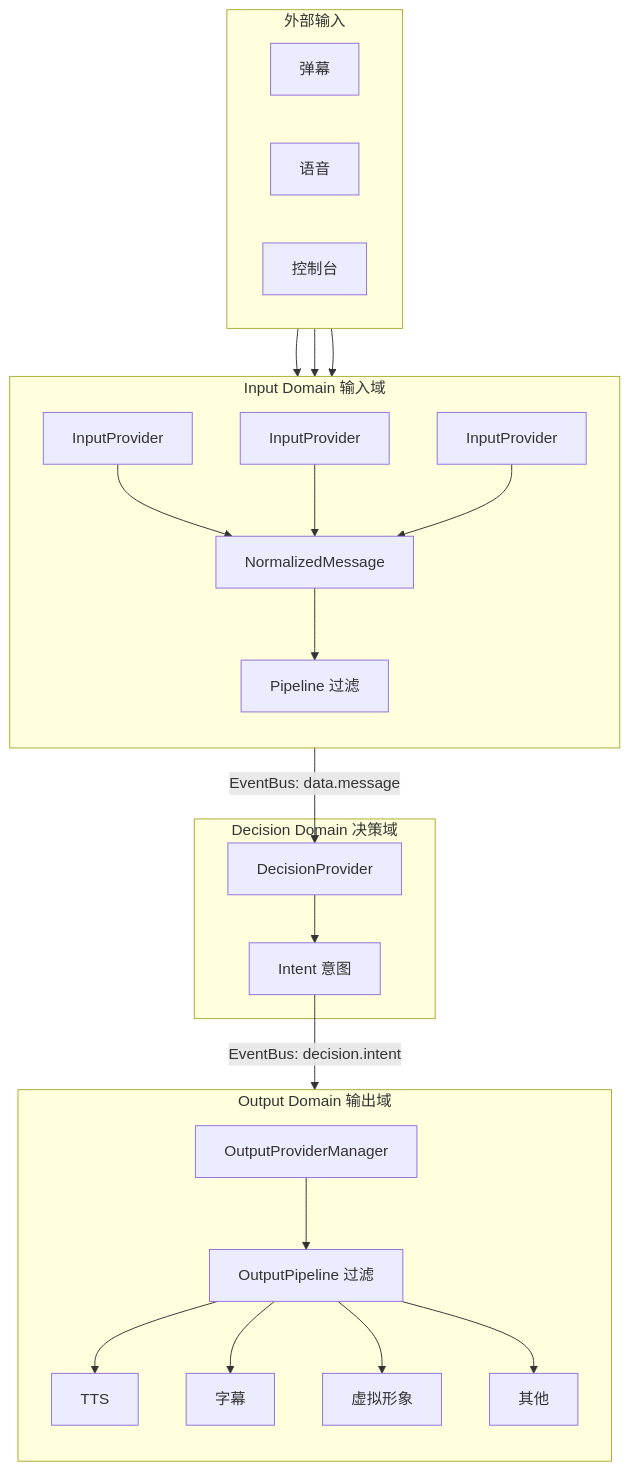
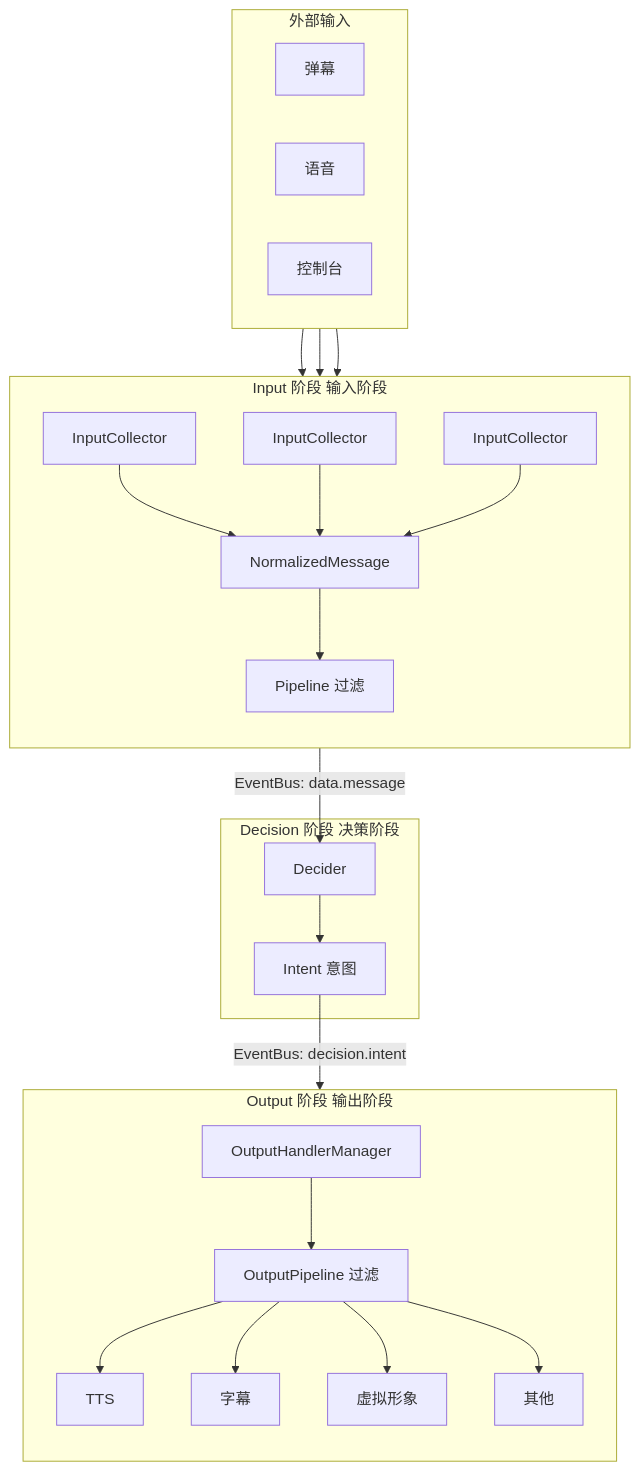
Before and after one commit to Mai-with-u/Amaidesu: the first of 3 diagrams in docs/architecture/overview.md, drawn with Mermaid. The commit also changed other lines of this file and 169 other files, not shown here.

First line of the commit message:
重构: 移除 Provider 抽象层，改名为 Collector/Decider/Handler

````diff
--- a/docs/architecture/overview.md
+++ b/docs/architecture/overview.md
@@ -7,48 +7,48 @@
 ```mermaid
 flowchart TB
     subgraph External["外部输入"]
         Danmaku["弹幕"]
         Voice["语音"]
         Console["控制台"]
     end
 
-    subgraph InputDomain["Input Domain 输入域"]
+    subgraph InputStage["Input 阶段 输入阶段"]
         direction TB
-        IP1[InputProvider]
-        IP2[InputProvider]
-        IP3[InputProvider]
+        IP1[InputCollector]
+        IP2[InputCollector]
+        IP3[InputCollector]
         NM[NormalizedMessage]
         Pipeline[Pipeline 过滤]
     end
 
-    subgraph DecisionDomain["Decision Domain 决策域"]
-        DP[DecisionProvider]
+    subgraph DecisionStage["Decision 阶段 决策阶段"]
+        DP[Decider]
         Intent[Intent 意图]
     end
 
-    subgraph OutputDomain["Output Domain 输出域"]
+    subgraph OutputStage["Output 阶段 输出阶段"]
         direction TB
-        OPM[OutputProviderManager]
+        OPM[OutputHandlerManager]
         OPipeline[OutputPipeline 过滤]
         OP1[TTS]
         OP2[字幕]
         OP3[虚拟形象]
         OP4[其他]
     end
 
     External --> IP1
     External --> IP2
     External --> IP3
     IP1 --> NM
     IP2 --> NM
     IP3 --> NM
     NM --> Pipeline
     Pipeline -->|"EventBus: data.message"| DP
     DP --> Intent
     Intent -->|"EventBus: decision.intent"| OPM
     OPM --> OPipeline
     OPipeline --> OP1
     OPipeline --> OP2
     OPipeline --> OP3
     OPipeline --> OP4
 ```
````
